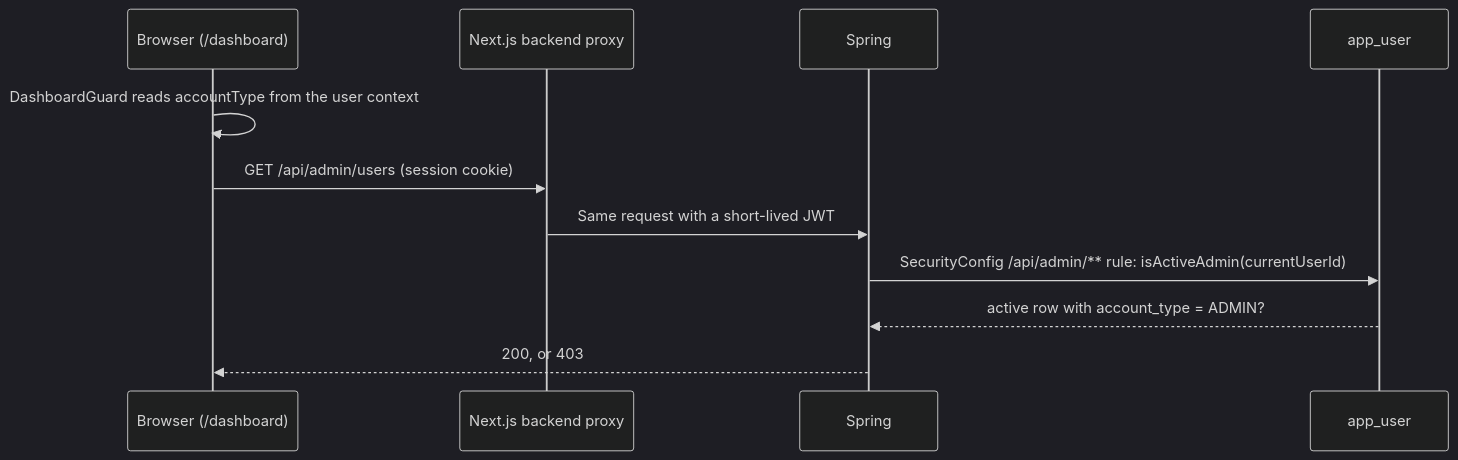
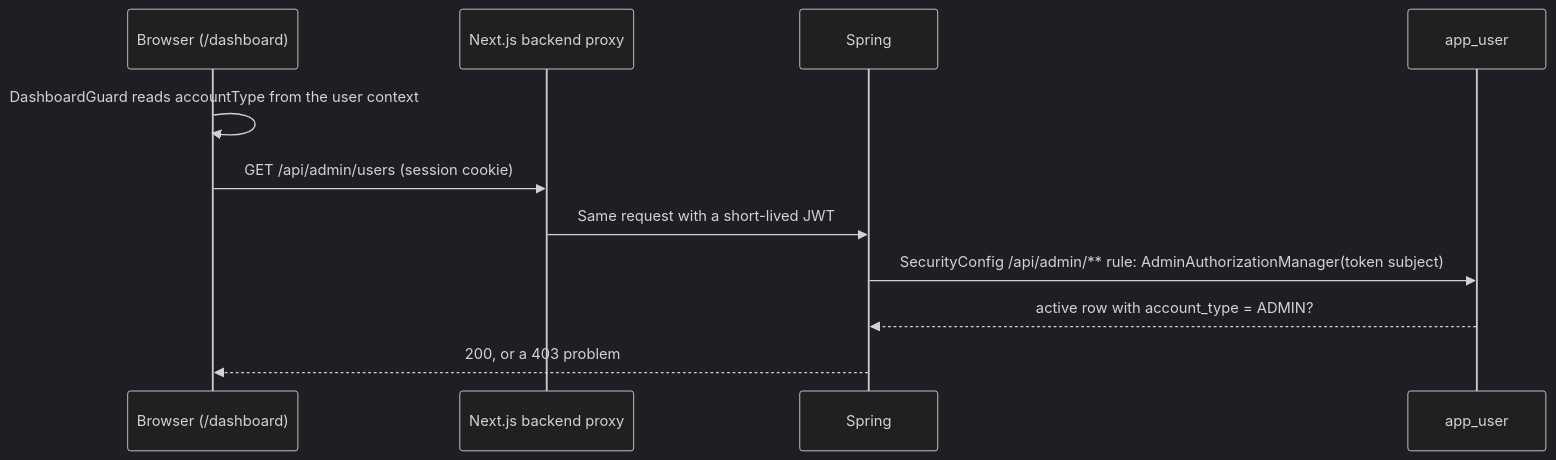
Before and after one commit to OffCrazyFreak/Disscount: the diagram in docs/ADMIN.md, drawn with Mermaid (dark theme). The commit also changed other lines of this file and 2 other files, not shown here.

First line of the commit message:
docs(auth): Describe the admin rule, @CurrentUser and problem refusals

````diff
--- a/docs/ADMIN.md
+++ b/docs/ADMIN.md
@@ -42,13 +42,13 @@
 ```mermaid
 sequenceDiagram
   participant B as Browser (/dashboard)
   participant P as Next.js backend proxy
   participant S as Spring
   participant D as app_user
   B->>B: DashboardGuard reads accountType from the user context
   B->>P: GET /api/admin/users (session cookie)
   P->>S: Same request with a short-lived JWT
-  S->>D: SecurityConfig /api/admin/** rule: isActiveAdmin(currentUserId)
+  S->>D: SecurityConfig /api/admin/** rule: AdminAuthorizationManager(token subject)
   D-->>S: active row with account_type = ADMIN?
-  S-->>B: 200, or 403
+  S-->>B: 200, or a 403 problem
 ```
````
